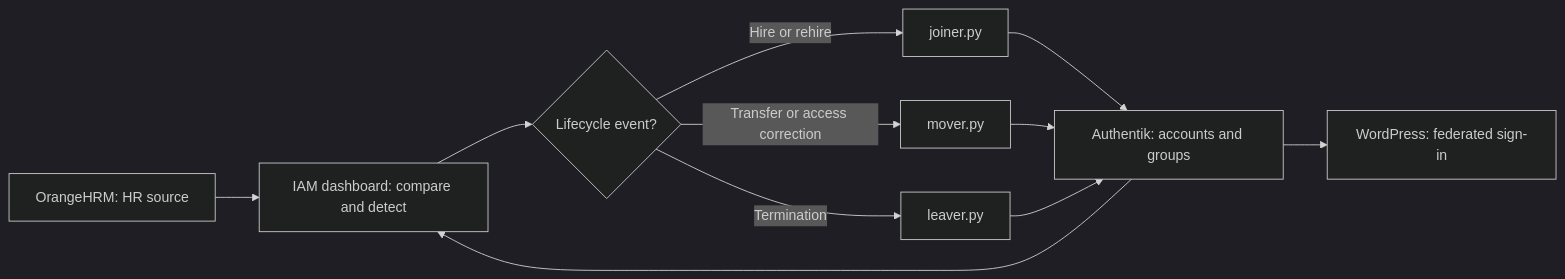
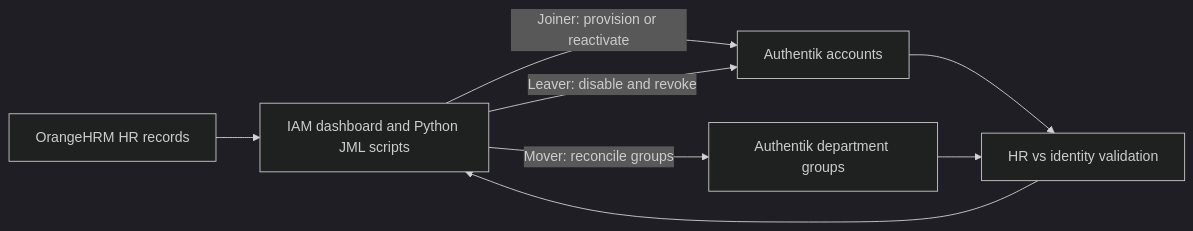
The diagram in README.md (sososimple-cmd/jml-lab), drawn with Mermaid (dark theme) before and after one commit. The commit also changed other lines of this file, not shown here.

First line of the commit message:
Revise README for Identity Lifecycle Automation project

````diff
--- a/README.md
+++ b/README.md
@@ -25,13 +27,10 @@
 ```mermaid
 flowchart LR
-    A[OrangeHRM: HR source] --> B[IAM dashboard: compare and detect]
-    B --> C{Lifecycle event?}
-    C -->|Hire or rehire| D[joiner.py]
-    C -->|Transfer or access correction| E[mover.py]
-    C -->|Termination| F[leaver.py]
-    D --> G[Authentik: accounts and groups]
-    E --> G
-    F --> G
-    G --> B
-    G --> H[WordPress: federated sign-in]
+    A[OrangeHRM HR records] --> B[IAM dashboard and Python JML scripts]
+    B -->|Joiner: provision or reactivate| C[Authentik accounts]
+    B -->|Mover: reconcile groups| D[Authentik department groups]
+    B -->|Leaver: disable and revoke| C
+    C --> E[HR vs identity validation]
+    D --> E
+    E --> B
 ```
````
